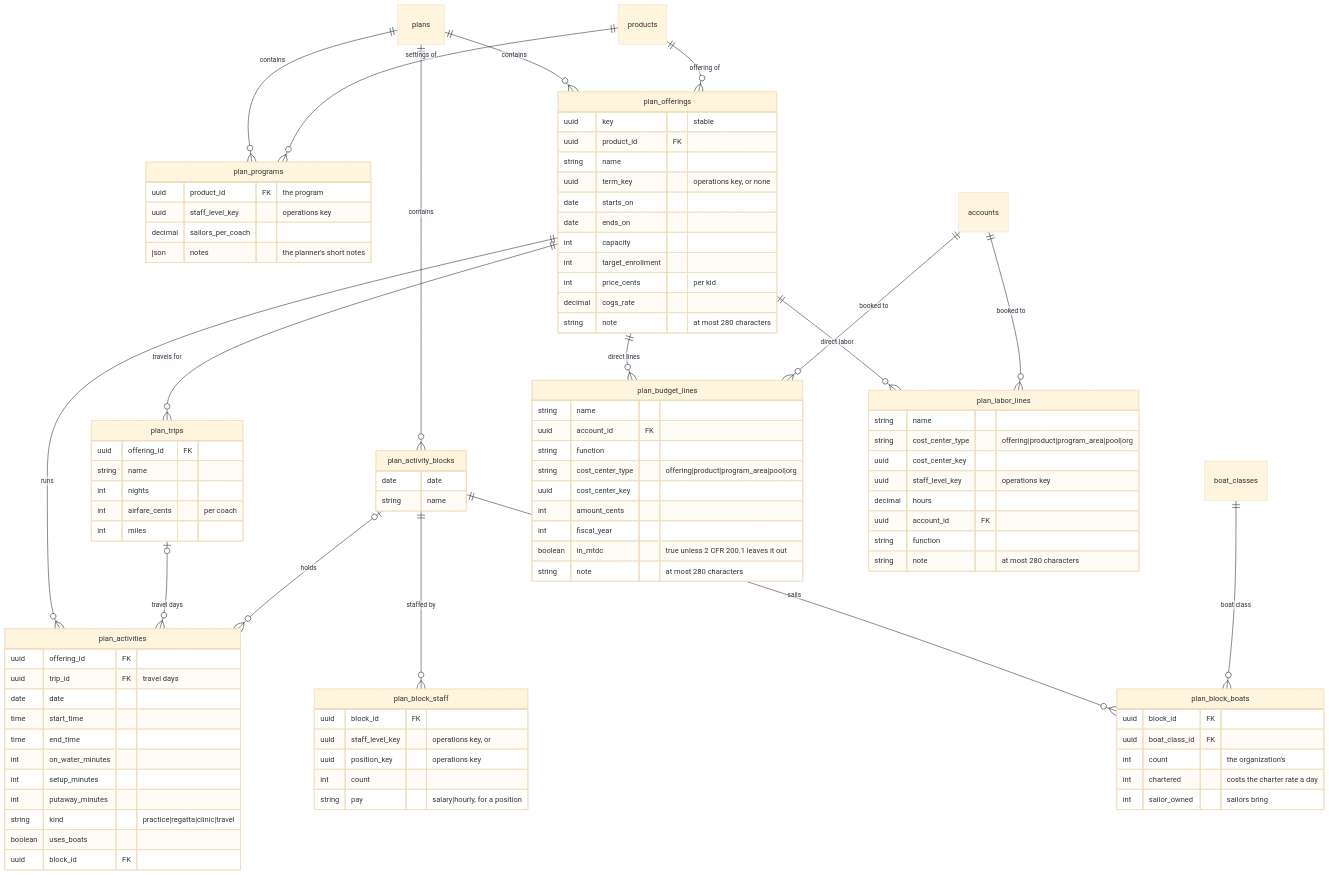
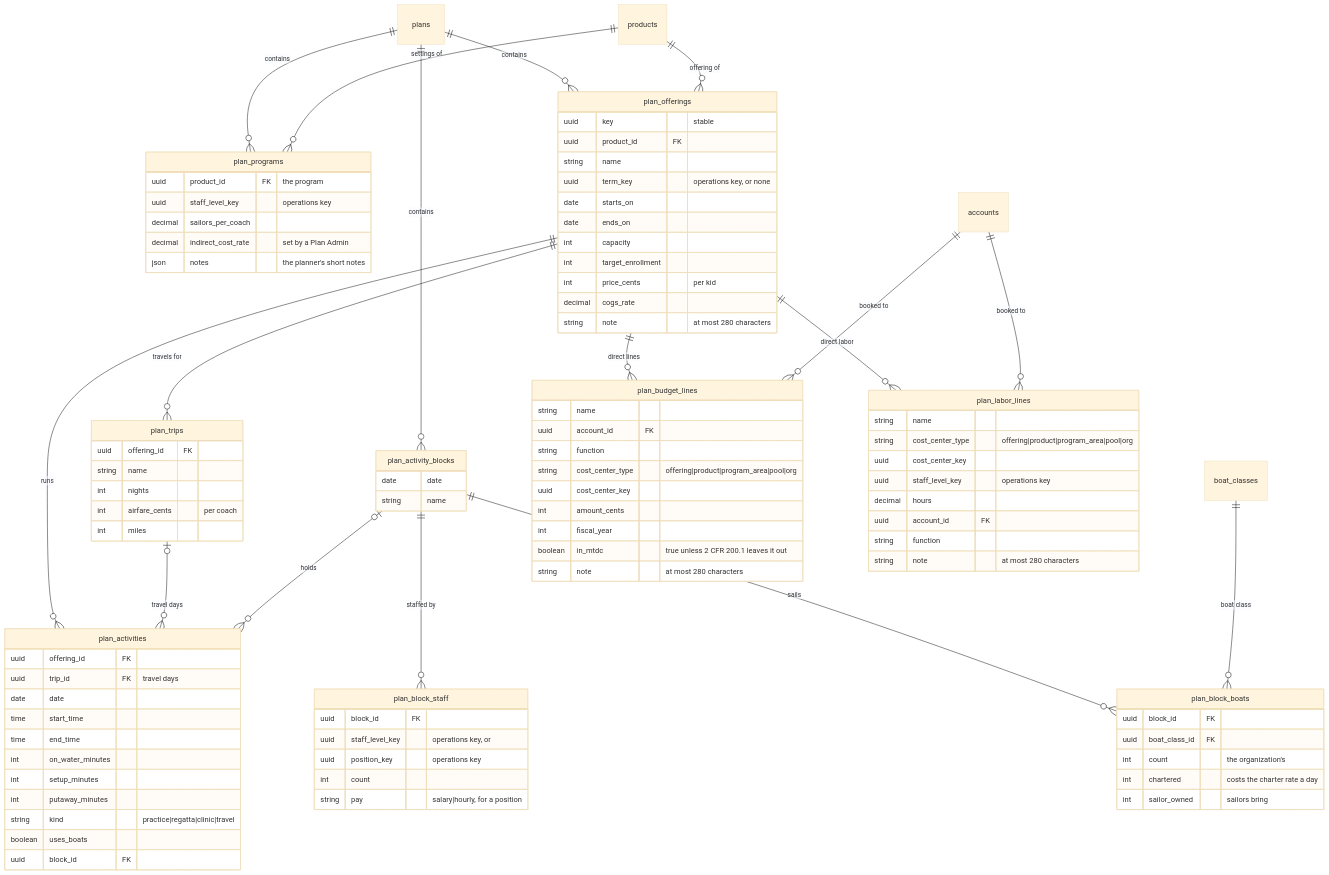
One commit to cyc-seattle/platform changed the fourth of 7 diagrams in docs/planning-schema.md. Above: the diagram before and after it, drawn with Mermaid (base theme). The commit also changed other lines of this file and 22 other files, not shown here.

First line of the commit message:
feat(planning): a fixed indirect cost rate for each program (#296)

```diff
--- a/docs/planning-schema.md
+++ b/docs/planning-schema.md
@@ -272,6 +272,7 @@
         uuid product_id FK "the program"
         uuid staff_level_key "operations key"
         decimal sailors_per_coach
+        decimal indirect_cost_rate "set by a Plan Admin"
         json notes "the planner's short notes"
     }
     plan_offerings {
```
